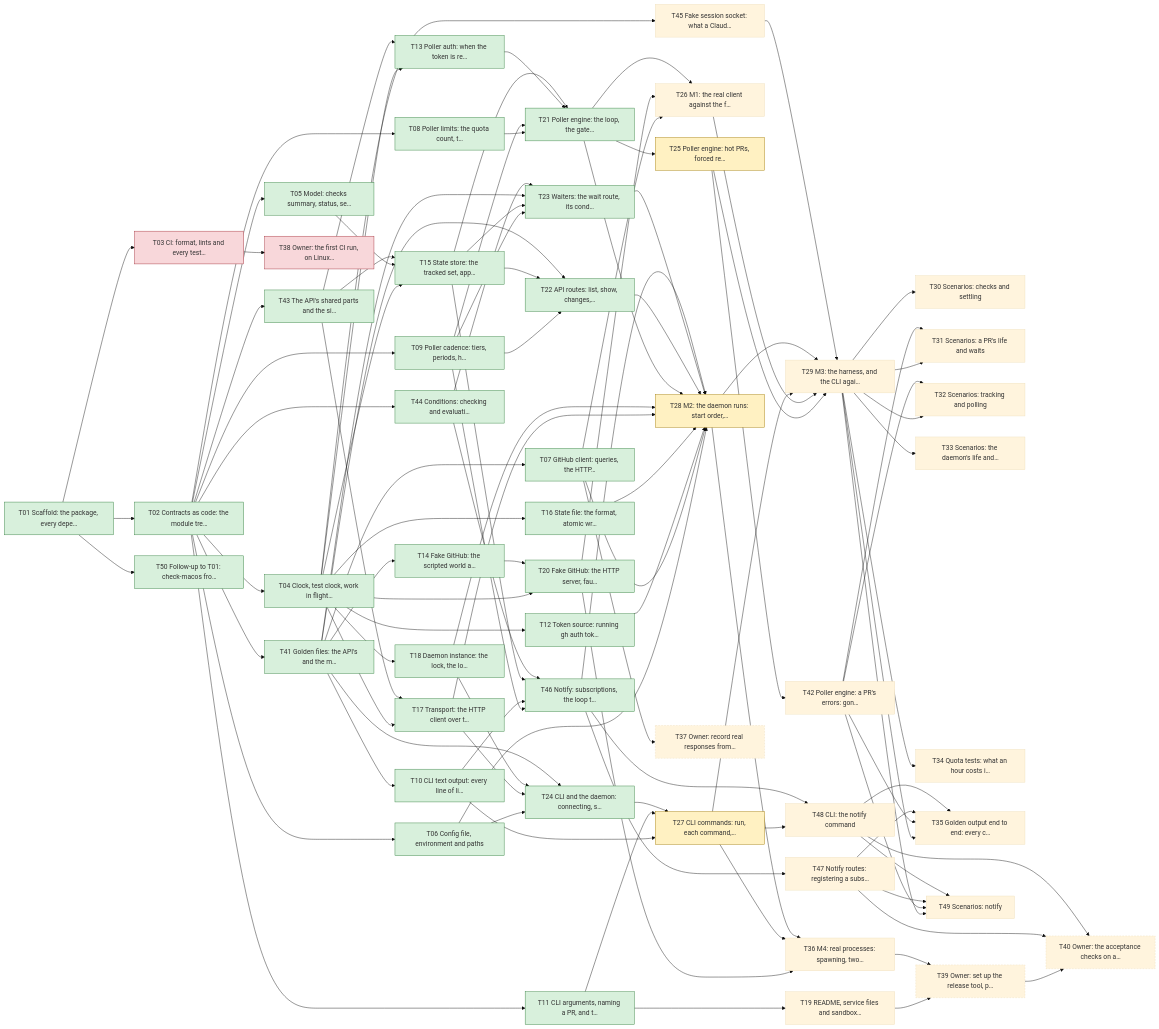
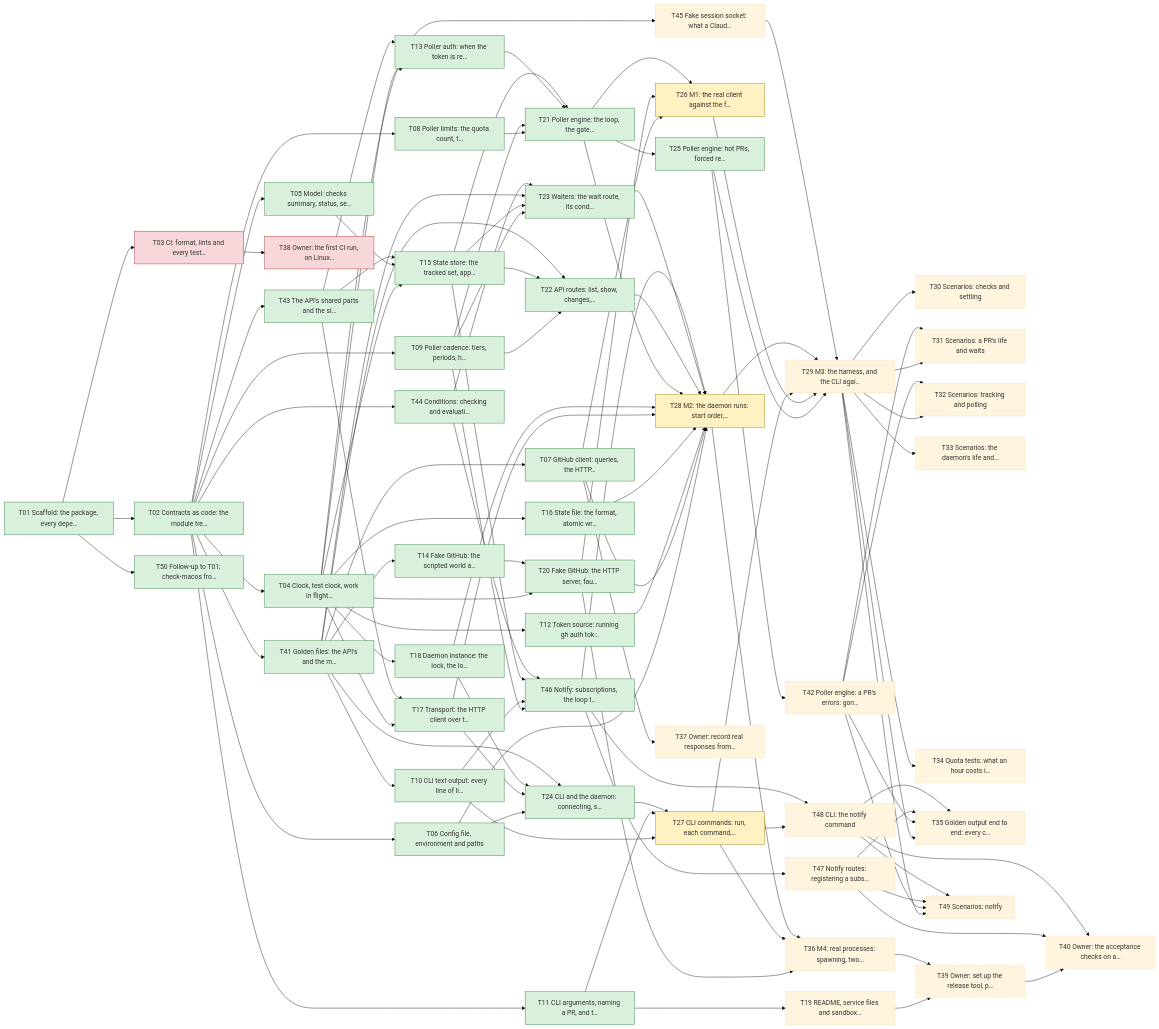
One commit to yachiko/circitor changed the diagram in plan/README.md. Above: the diagram before and after it, drawn with Mermaid (base theme). The commit also changed other lines of this file and 3 other files, not shown here.

```diff
--- a/plan/README.md
+++ b/plan/README.md
@@ -161,8 +161,8 @@
   T22["T22 API routes: list, show, changes,…"]:::done
   T23["T23 Waiters: the wait route, its cond…"]:::done
   T24["T24 CLI and the daemon: connecting, s…"]:::done
-  T25["T25 Poller engine: hot PRs, forced re…"]:::active
-  T26["T26 M1: the real client against the f…"]
+  T25["T25 Poller engine: hot PRs, forced re…"]:::done
+  T26["T26 M1: the real client against the f…"]:::active
   T27["T27 CLI commands: run, each command,…"]:::active
   T28["T28 M2: the daemon runs: start order,…"]:::active
   T29["T29 M3: the harness, and the CLI agai…"]
```
